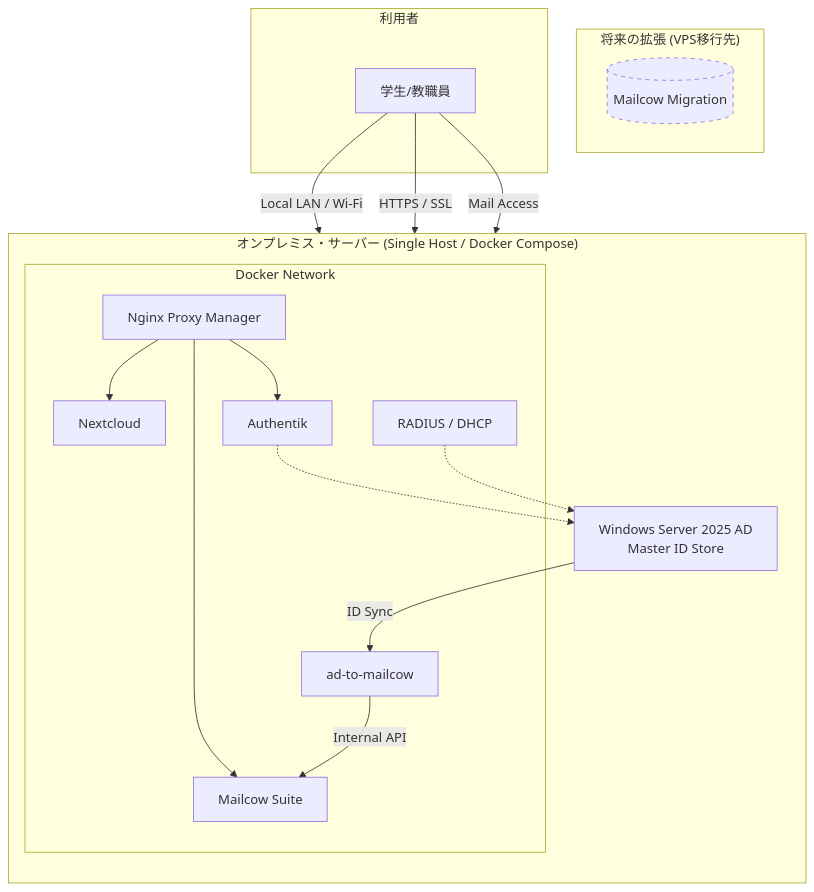
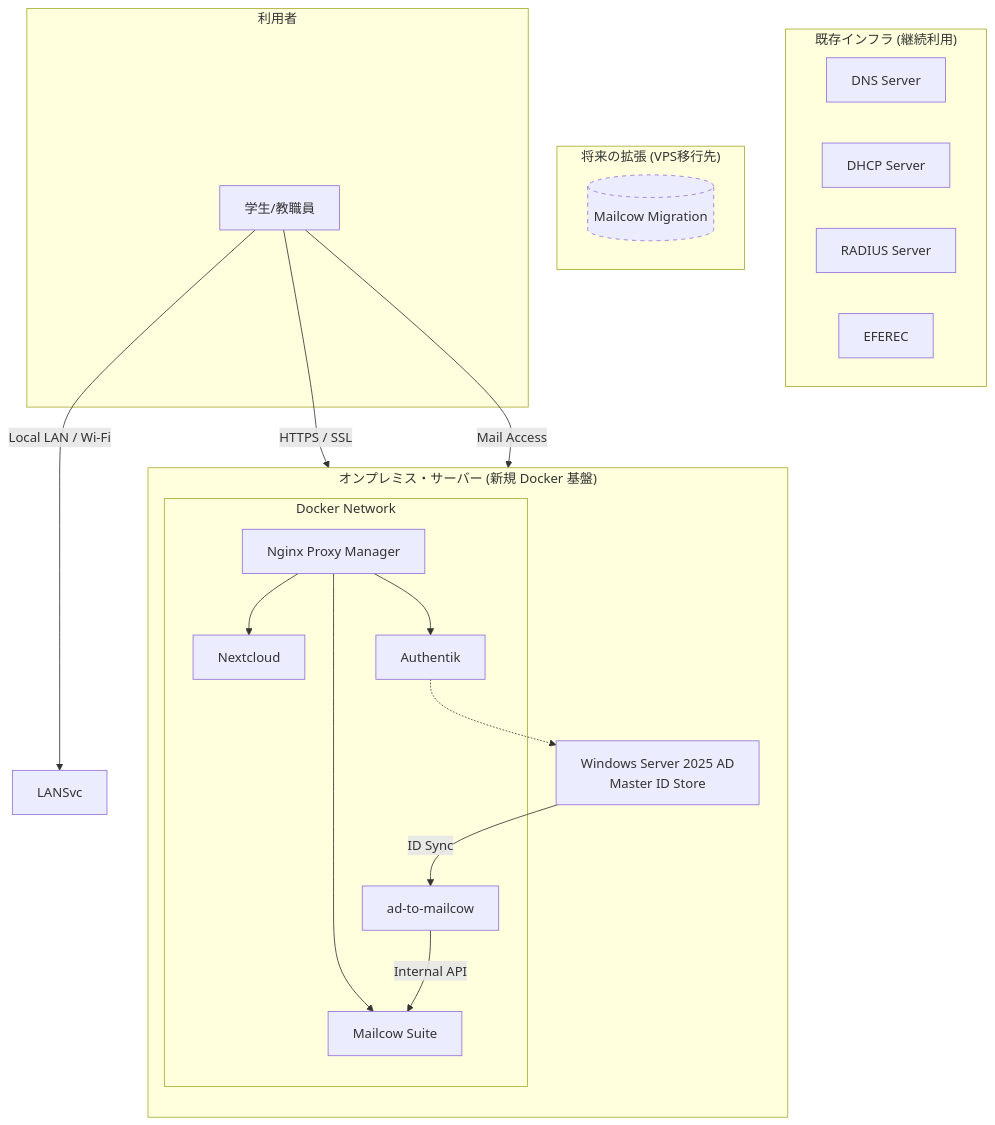
Before and after one commit to DA1735/math-infra: the diagram in docs/CONCEPTUAL_DIAGRAM.md, drawn with Mermaid. The commit also changed 2 other files, not shown here.

Commit message:
docs: Update architecture to reflect reuse of existing DNS, DHCP, RADIUS, and EFEREC

````diff
--- a/docs/CONCEPTUAL_DIAGRAM.md
+++ b/docs/CONCEPTUAL_DIAGRAM.md
@@ -7,37 +7,42 @@
 ```mermaid
 graph TD
-    subgraph "オンプレミス・サーバー (Single Host / Docker Compose)"
+    subgraph "既存インフラ (継続利用)"
+        DNS[DNS Server]
+        DHCP[DHCP Server]
+        RAD[RADIUS Server]
+        EF[EFEREC]
+    end
+
+    subgraph "オンプレミス・サーバー (新規 Docker 基盤)"
         direction TB
         AD[Windows Server 2025 AD<br/>Master ID Store]
         
         subgraph "Docker Network"
             NPM[Nginx Proxy Manager]
             Nextcloud[Nextcloud]
             Mailcow[Mailcow Suite]
             Auth[Authentik]
             Sync[ad-to-mailcow]
-            LANSvc[RADIUS / DHCP]
         end
         
         NPM --> Nextcloud
         NPM --> Mailcow
         NPM --> Auth
         Auth -.-> AD
-        LANSvc -.-> AD
         Sync -- "Internal API" --> Mailcow
         AD -- "ID Sync" --> Sync
     end
 
     subgraph "将来の拡張 (VPS移行先)"
         VPS_Mail[(Mailcow Migration)]
         style VPS_Mail stroke-dasharray: 5 5
     end
 
     subgraph "利用者"
         User[学生/教職員]
     end
 
     User -- "Local LAN / Wi-Fi" --> LANSvc
     User -- "HTTPS / SSL" --> NPM
     User -- "Mail Access" --> NPM
 ```
````
